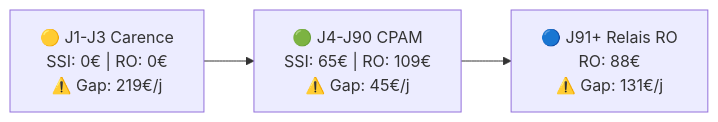
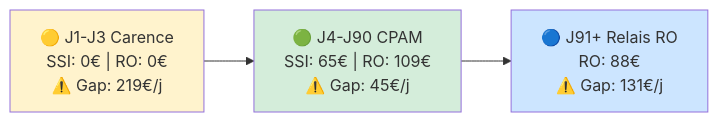
Before and after one commit to Allianz-Marseille/saas-27102025: the diagram in docs/assets-gemini/bob-prevoyance/00-workflow-bob-methode.md, drawn with Mermaid. The commit also changed other lines of this file and 2 other files, not shown here.

Commit message:
Bob prévoyance: prescription technique 2026 — ordonnance, base 100€, droit pur, conjoint collaborateur, Mermaid

````diff
--- a/docs/assets-gemini/bob-prevoyance/00-workflow-bob-methode.md
+++ b/docs/assets-gemini/bob-prevoyance/00-workflow-bob-methode.md
@@ -221,4 +243,7 @@
 ```mermaid
 flowchart LR
   A["🟡 J1-J3 Carence<br/>SSI: 0€ | RO: 0€<br/>⚠️ Gap: 219€/j"] --> B["🟢 J4-J90 CPAM<br/>SSI: 65€ | RO: 109€<br/>⚠️ Gap: 45€/j"] --> C["🔵 J91+ Relais RO<br/>RO: 88€<br/>⚠️ Gap: 131€/j"]
+  style A fill:#fff3cd
+  style B fill:#d4edda
+  style C fill:#cce5ff
 ```
````
